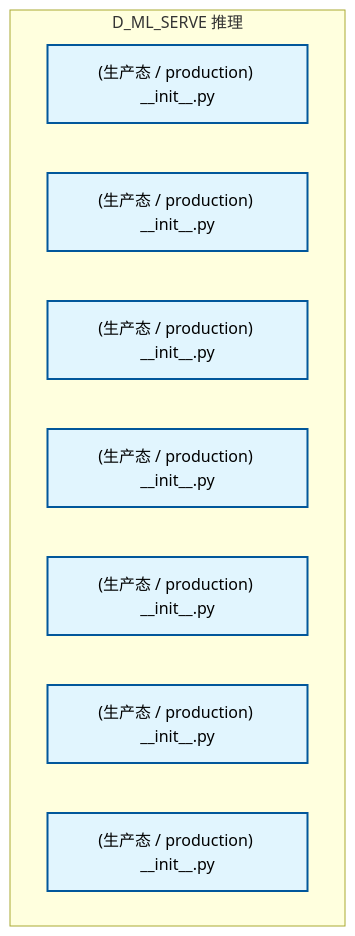
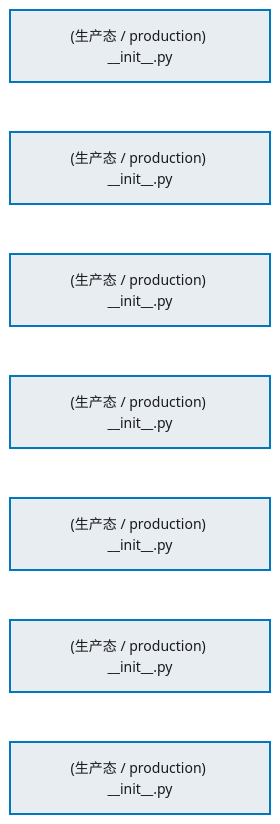
The first of 2 diagrams in docs/02_enterprise_architecture/02_domain_architecture_docs/60_d_ml_serve.md (xuanFelixVan/ZephyrAlpha), drawn with Mermaid before and after one commit. The commit also changed other lines of this file and 76 other files, not shown here.

````diff
--- a/docs/02_enterprise_architecture/02_domain_architecture_docs/60_d_ml_serve.md
+++ b/docs/02_enterprise_architecture/02_domain_architecture_docs/60_d_ml_serve.md
@@ -67,17 +67,22 @@
 ```mermaid
-graph TD
-    subgraph D_ML_SERVE["D_ML_SERVE 推理"]
-        src_zephyr_ml_serve_init_py["(生产态 / production) __init__.py"]
-        src_zephyr_ml_serve_extensions_init_py["(生产态 / production) __init__.py"]
-        src_zephyr_ml_serve_api_init_py["(生产态 / production) __init__.py"]
-        src_zephyr_ml_serve_core_init_py["(生产态 / production) __init__.py"]
-        src_zephyr_ml_serve_infrastructure_init_py["(生产态 / production) __init__.py"]
-        src_zephyr_ml_serve_models_init_py["(生产态 / production) __init__.py"]
-        src_zephyr_ml_serve_services_init_py["(生产态 / production) __init__.py"]
-    end
-    classDef production fill:#e1f5fe,stroke:#01579b,stroke-width:2px,color:#000
-    classDef design fill:#fff3e0,stroke:#e65100,stroke-width:2px,color:#000,stroke-dasharray: 5 5
-    classDef external_prod fill:#e8f5e9,stroke:#1b5e20,stroke-width:1px,color:#000
-    classDef external_design fill:#fce4ec,stroke:#880e4f,stroke-width:1px,color:#000,stroke-dasharray: 5 5
+%%{init: {'theme': 'base', 'themeVariables': {'primaryColor': '#eaeaea', 'primaryTextColor': '#333333', 'primaryBorderColor': '#666666', 'lineColor': '#666666', 'secondaryColor': '#eaeaea', 'tertiaryColor': '#eaeaea', 'fontSize': '14px'}}}%%
+flowchart TD
+    src_zephyr_ml_serve_init_py["(生产态 / production) __init__.py"]
+    src_zephyr_ml_serve_extensions_init_py["(生产态 / production) __init__.py"]
+    src_zephyr_ml_serve_api_init_py["(生产态 / production) __init__.py"]
+    src_zephyr_ml_serve_core_init_py["(生产态 / production) __init__.py"]
+    src_zephyr_ml_serve_infrastructure_init_py["(生产态 / production) __init__.py"]
+    src_zephyr_ml_serve_models_init_py["(生产态 / production) __init__.py"]
+    src_zephyr_ml_serve_services_init_py["(生产态 / production) __init__.py"]
+    src_zephyr_ml_serve_init_py ~~~ src_zephyr_ml_serve_extensions_init_py
+    src_zephyr_ml_serve_extensions_init_py ~~~ src_zephyr_ml_serve_api_init_py
+    src_zephyr_ml_serve_api_init_py ~~~ src_zephyr_ml_serve_core_init_py
+    src_zephyr_ml_serve_core_init_py ~~~ src_zephyr_ml_serve_infrastructure_init_py
+    src_zephyr_ml_serve_infrastructure_init_py ~~~ src_zephyr_ml_serve_models_init_py
+    src_zephyr_ml_serve_models_init_py ~~~ src_zephyr_ml_serve_services_init_py
+    classDef production fill:#e8edf2,stroke:#0277bd,stroke-width:2px,color:#1a1a1a
+    classDef design fill:#f0ebe3,stroke:#bf360c,stroke-width:2px,color:#1a1a1a,stroke-dasharray: 5 5
+    classDef external_prod fill:#e8efe9,stroke:#1b5e20,stroke-width:1px,color:#1a1a1a
+    classDef external_design fill:#efe5ea,stroke:#880e4f,stroke-width:1px,color:#1a1a1a,stroke-dasharray: 5 5
     class src_zephyr_ml_serve_init_py,src_zephyr_ml_serve_extensions_init_py,src_zephyr_ml_serve_api_init_py,src_zephyr_ml_serve_core_init_py,src_zephyr_ml_serve_infrastructure_init_py,src_zephyr_ml_serve_models_init_py,src_zephyr_ml_serve_services_init_py production
 ```
````
